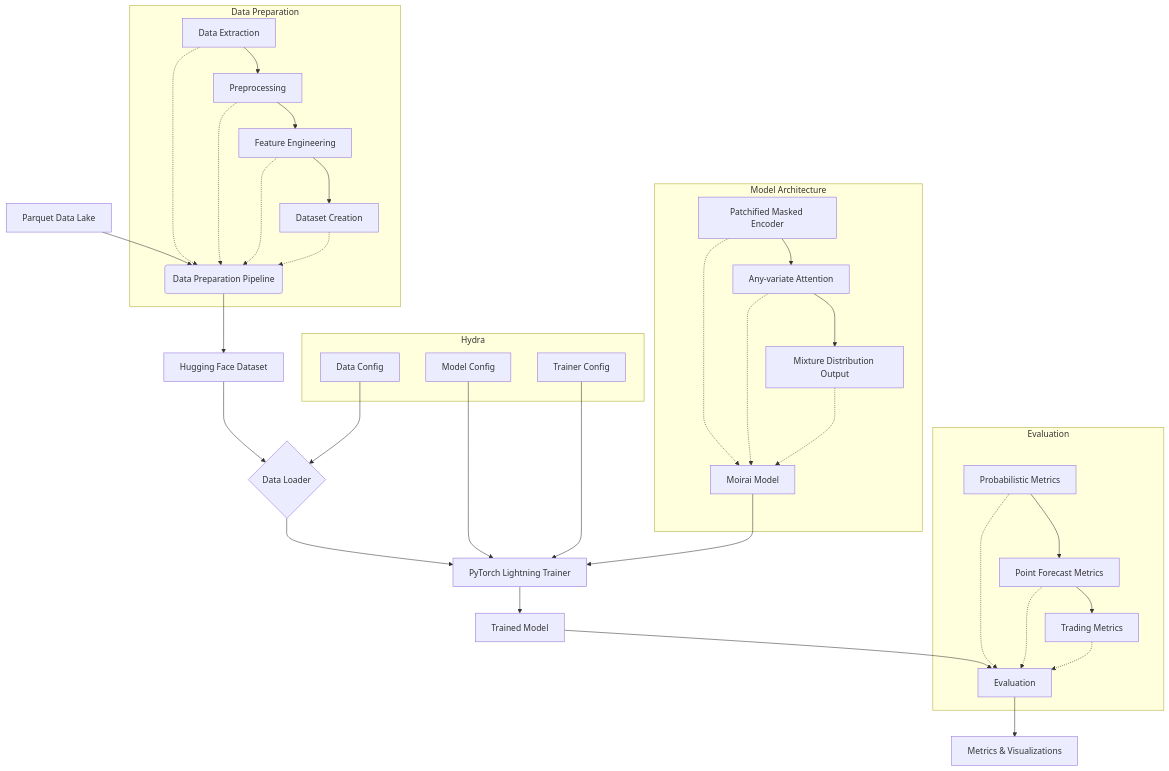
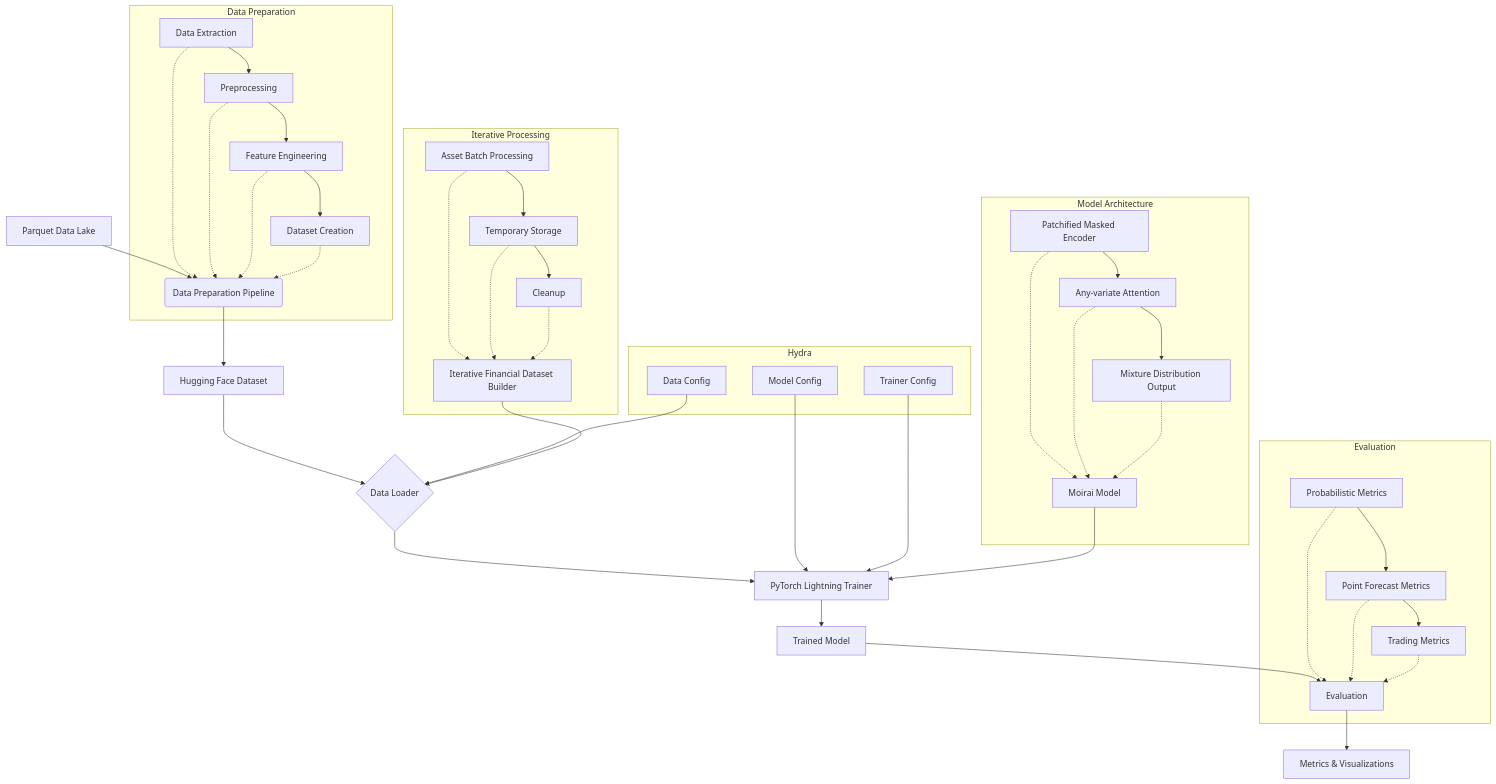
The diagram in memory-bank/systemPatterns.md (SalesforceAIResearch/uni2ts), drawn with Mermaid before and after one commit. The commit also changed other lines of this file and 35 other files, not shown here.

````diff
--- a/memory-bank/systemPatterns.md
+++ b/memory-bank/systemPatterns.md
@@ -64,46 +72,55 @@
 ```mermaid
 graph TD
     A[Parquet Data Lake] --> B(Data Preparation Pipeline);
     B --> C[Hugging Face Dataset];
     C --> D{Data Loader};
     D --> E[PyTorch Lightning Trainer];
     F[Model Config] --> E;
     G[Data Config] --> D;
     H[Trainer Config] --> E;
     I[Moirai Model] --> E;
     E --> J[Trained Model];
     J --> K[Evaluation];
     K --> L[Metrics & Visualizations];
+    M[Iterative Financial Dataset Builder] --> D;
 
     subgraph Configuration [Hydra]
         F
         G
         H
     end
 
     subgraph Data Preparation
         B1[Data Extraction] --> B2[Preprocessing];
         B2 --> B3[Feature Engineering];
         B3 --> B4[Dataset Creation];
         B1 -.-> B
         B2 -.-> B
         B3 -.-> B
         B4 -.-> B
     end
 
     subgraph Model Architecture
         I1[Patchified Masked Encoder] --> I2[Any-variate Attention];
         I2 --> I3[Mixture Distribution Output];
         I1 -.-> I
         I2 -.-> I
         I3 -.-> I
     end
 
     subgraph Evaluation
         K1[Probabilistic Metrics] --> K2[Point Forecast Metrics];
         K2 --> K3[Trading Metrics];
         K1 -.-> K
         K2 -.-> K
         K3 -.-> K
     end
+
+    subgraph Iterative Processing
+        M1[Asset Batch Processing] --> M2[Temporary Storage];
+        M2 --> M3[Cleanup];
+        M1 -.-> M
+        M2 -.-> M
+        M3 -.-> M
+    end
 ```
````
